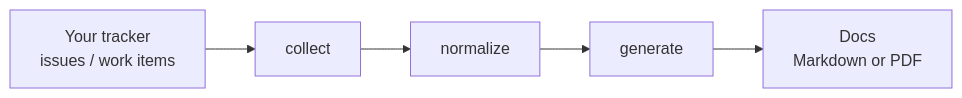
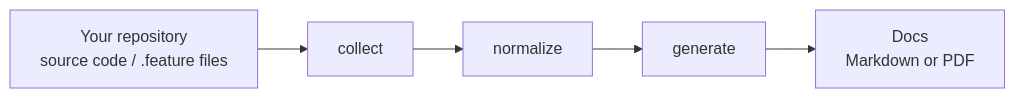
One commit to AbsaOSS/living-doc changed the diagram in docs/introduction/quickstart.md. Above: the diagram before and after it, drawn with Mermaid. The commit also changed other lines of this file and 16 other files, not shown here.

````diff
--- a/docs/introduction/quickstart.md
+++ b/docs/introduction/quickstart.md
@@ -11,4 +12,4 @@
 ```mermaid
 flowchart LR
-    S[Your tracker<br/>issues / work items] --> C[collect] --> N[normalize] --> G[generate] --> D[Docs<br/>Markdown or PDF]
+    S[Your repository<br/>source code / .feature files] --> C[collect] --> N[normalize] --> G[generate] --> D[Docs<br/>Markdown or PDF]
 ```
````
